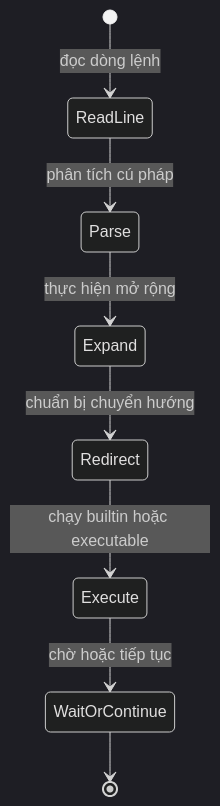
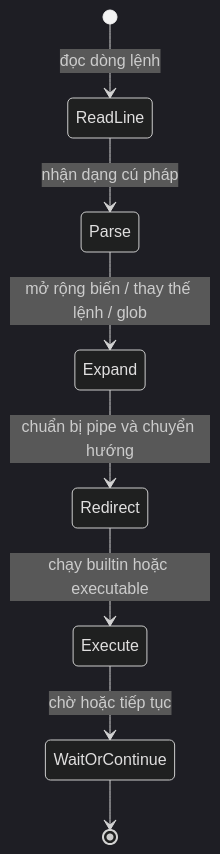
One commit to hai-kevins/embedded-linux changed the diagram in phase-01/README-topic-01.md. Above: the diagram before and after it, drawn with Mermaid (dark theme). The commit also changed other lines of this file and 8 other files, not shown here.

````diff
--- a/phase-01/README-topic-01.md
+++ b/phase-01/README-topic-01.md
@@ -229,10 +205,10 @@
 ```mermaid
 stateDiagram-v2
     [*] --> ReadLine: đọc dòng lệnh
-    ReadLine --> Parse: phân tích cú pháp
-    Parse --> Expand: thực hiện mở rộng
-    Expand --> Redirect: chuẩn bị chuyển hướng
+    ReadLine --> Parse: nhận dạng cú pháp
+    Parse --> Expand: mở rộng biến / thay thế lệnh / glob
+    Expand --> Redirect: chuẩn bị pipe và chuyển hướng
     Redirect --> Execute: chạy builtin hoặc executable
     Execute --> WaitOrContinue: chờ hoặc tiếp tục
     WaitOrContinue --> [*]
 ```
````
